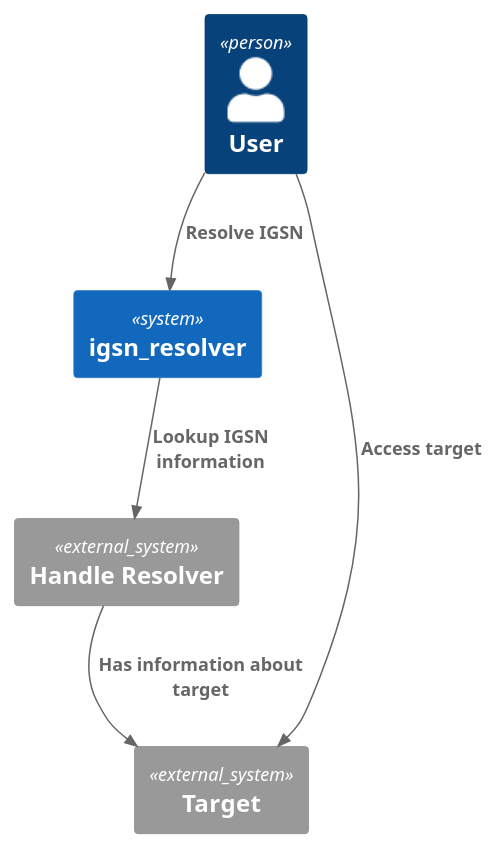
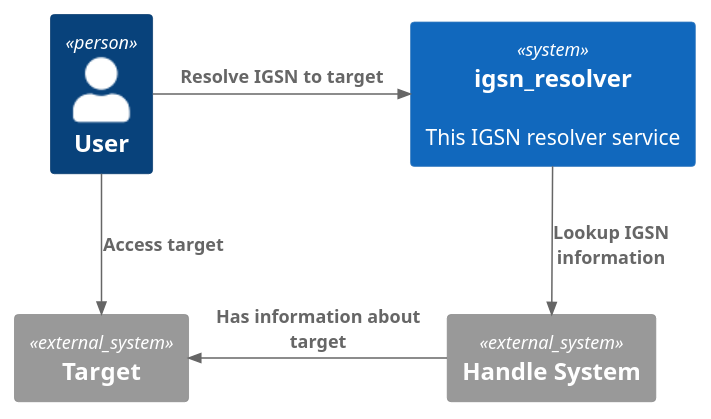
The diagram in UML/context.puml (datadavev/igsn_resolver), drawn with PlantUML before and after one commit.

Commit message:
Updated diagram

```diff
--- a/UML/context.puml
+++ b/UML/context.puml
@@ -1,11 +1,11 @@
 @startuml
 !include https://raw.githubusercontent.com/plantuml-stdlib/C4-PlantUML/master/C4_Context.puml
 Person(user, "User")
-System(rigsn, "igsn_resolver")
-System_Ext(hdl, "Handle Resolver")
+System(rigsn, "igsn_resolver", "This IGSN resolver service")
+System_Ext(hdl, "Handle System")
 System_Ext(target, "Target")
-Rel(user, rigsn, "Resolve IGSN")
+Rel_R(user, rigsn, "Resolve IGSN to target")
 Rel(rigsn, hdl, "Lookup IGSN information")
 Rel(user, target, "Access target")
-Rel(hdl, target, "Has information about target")
+Rel_L(hdl, target, "Has information about target")
 @enduml
```
